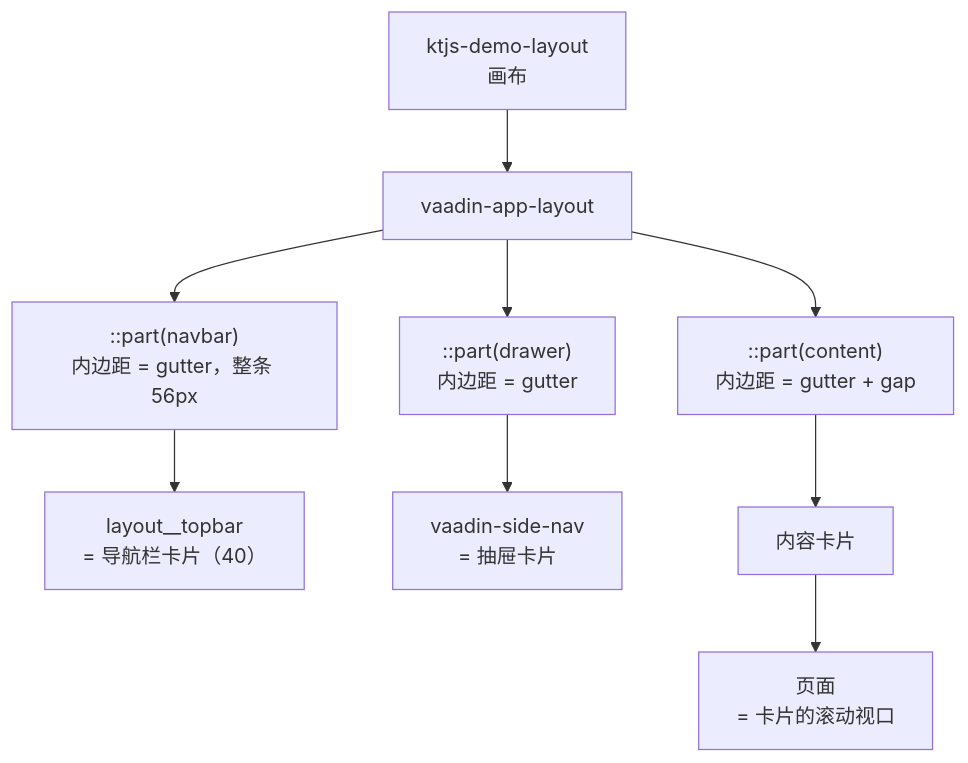
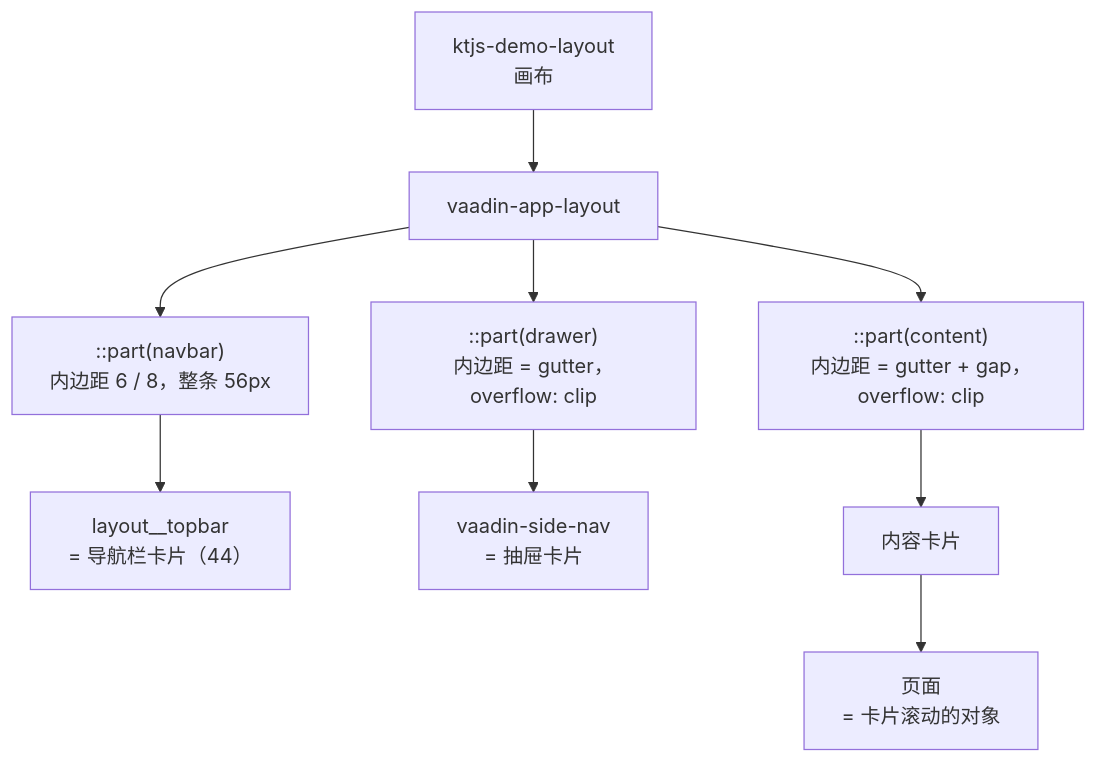
One commit to shijianjs/ktjs-dom-kit changed the second of 3 diagrams in docs/src/jsMain/resources/i18n/zh-Hans/docusaurus-plugin-content-docs/current/demo-kit/overview.md. Above: the diagram before and after it, drawn with Mermaid. The commit also changed other lines of this file and 4 other files, not shown here.

````diff
--- a/docs/src/jsMain/resources/i18n/zh-Hans/docusaurus-plugin-content-docs/current/demo-kit/overview.md
+++ b/docs/src/jsMain/resources/i18n/zh-Hans/docusaurus-plugin-content-docs/current/demo-kit/overview.md
@@ -48,10 +48,10 @@
 ```mermaid
 flowchart TB
   H["ktjs-demo-layout<br/>画布"] --> A["vaadin-app-layout"]
-  A --> NP["::part(navbar)<br/>内边距 = gutter，整条 56px"]
-  NP --> NC["layout__topbar<br/>= 导航栏卡片（40）"]
-  A --> DP["::part(drawer)<br/>内边距 = gutter"]
+  A --> NP["::part(navbar)<br/>内边距 6 / 8，整条 56px"]
+  NP --> NC["layout__topbar<br/>= 导航栏卡片（44）"]
+  A --> DP["::part(drawer)<br/>内边距 = gutter，overflow: clip"]
   DP --> DC["vaadin-side-nav<br/>= 抽屉卡片"]
-  A --> CP["::part(content)<br/>内边距 = gutter + gap"]
-  CP --> CC["内容卡片"] --> P["页面<br/>= 卡片的滚动视口"]
+  A --> CP["::part(content)<br/>内边距 = gutter + gap，overflow: clip"]
+  CP --> CC["内容卡片"] --> P["页面<br/>= 卡片滚动的对象"]
 ```
````
